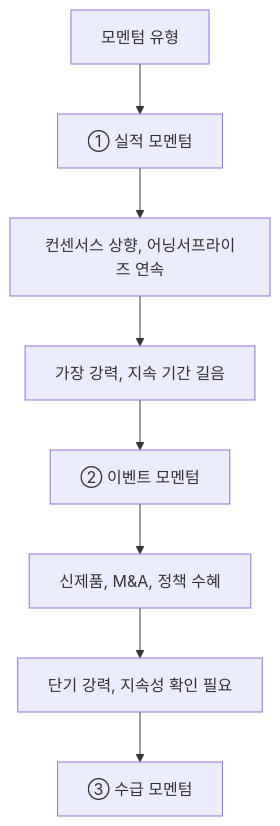
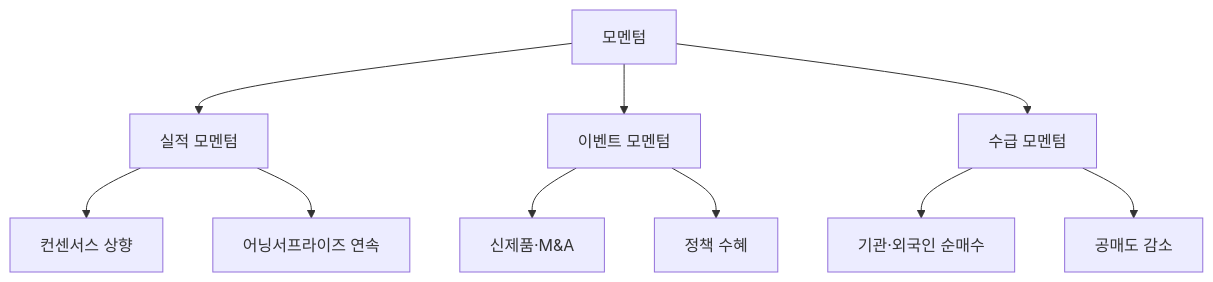
Before and after one commit to yeongseon/stock-visual-note: the diagram in content/stock-terms/ko/level-10-company-analysis/momentum.md, drawn with Mermaid. The commit also changed other lines of this file and 12 other files, not shown here.

````diff
--- a/content/stock-terms/ko/level-10-company-analysis/momentum.md
+++ b/content/stock-terms/ko/level-10-company-analysis/momentum.md
@@ -42,18 +42,12 @@
 ```mermaid
 graph TD
-    N0["모멘텀 유형"]
-    N1["① 실적 모멘텀"]
-    N2["컨센서스 상향, 어닝서프라이즈 연속"]
-    N3["가장 강력, 지속 기간 길음"]
-    N4["② 이벤트 모멘텀"]
-    N5["신제품, M&A, 정책 수혜"]
-    N6["단기 강력, 지속성 확인 필요"]
-    N7["③ 수급 모멘텀"]
-    N0 --> N1
-    N1 --> N2
-    N2 --> N3
-    N3 --> N4
-    N4 --> N5
-    N5 --> N6
-    N6 --> N7
+    A["모멘텀"] --> B["실적 모멘텀"]
+    A --> C["이벤트 모멘텀"]
+    A --> D["수급 모멘텀"]
+    B --> B1["컨센서스 상향"]
+    B --> B2["어닝서프라이즈 연속"]
+    C --> C1["신제품·M&A"]
+    C --> C2["정책 수혜"]
+    D --> D1["기관·외국인 순매수"]
+    D --> D2["공매도 감소"]
 ```
````
